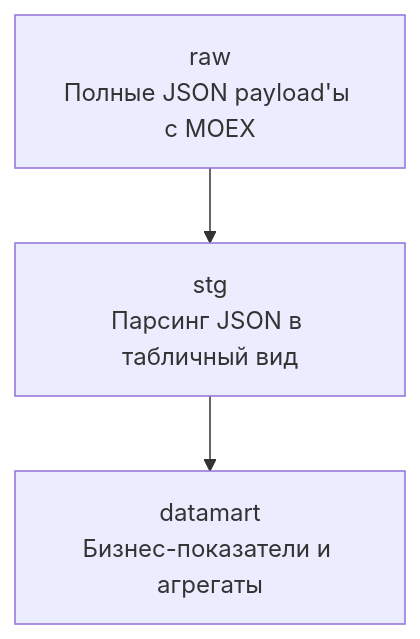
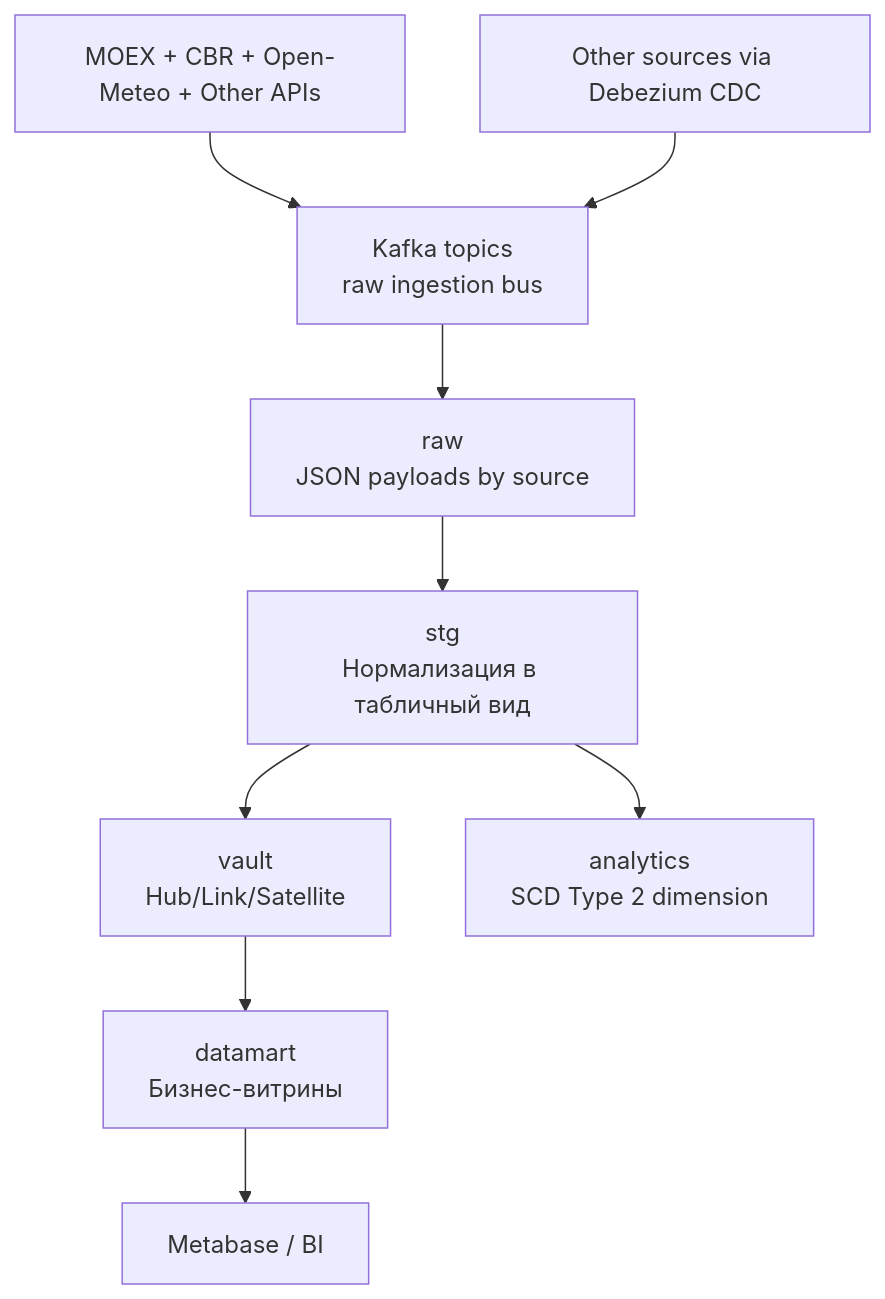
The second of 3 diagrams in docs/architecture.md (4god/moex-etl), drawn with Mermaid before and after one commit. The commit also changed other lines of this file and 72 other files, not shown here.

````diff
--- a/docs/architecture.md
+++ b/docs/architecture.md
@@ -18,5 +25,11 @@
 ```mermaid
 flowchart TB
-    RAW["raw<br/>Полные JSON payload'ы с MOEX"] --> STG["stg<br/>Парсинг JSON в табличный вид"]
-    STG --> DM["datamart<br/>Бизнес-показатели и агрегаты"]
+    API["MOEX + CBR + Open-Meteo + Other APIs"] --> KAFKA["Kafka topics<br/>raw ingestion bus"]
+    CDC["Other sources via Debezium CDC"] --> KAFKA
+    KAFKA --> RAW["raw<br/>JSON payloads by source"]
+    RAW --> STG["stg<br/>Нормализация в табличный вид"]
+    STG --> VAULT["vault<br/>Hub/Link/Satellite"]
+    VAULT --> DM["datamart<br/>Бизнес-витрины"]
+    STG --> SCD["analytics<br/>SCD Type 2 dimension"]
+    DM --> BI["Metabase / BI"]
 ```
````
